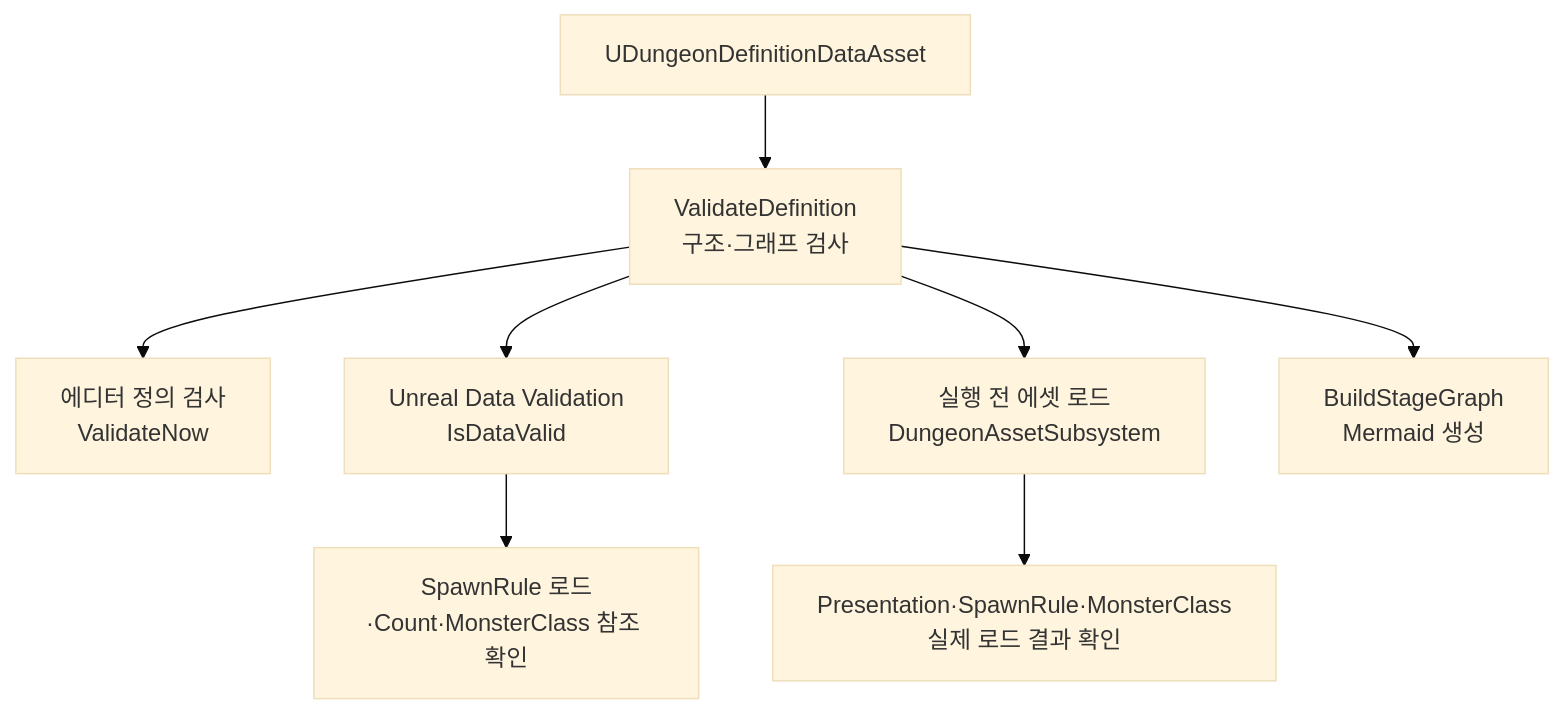
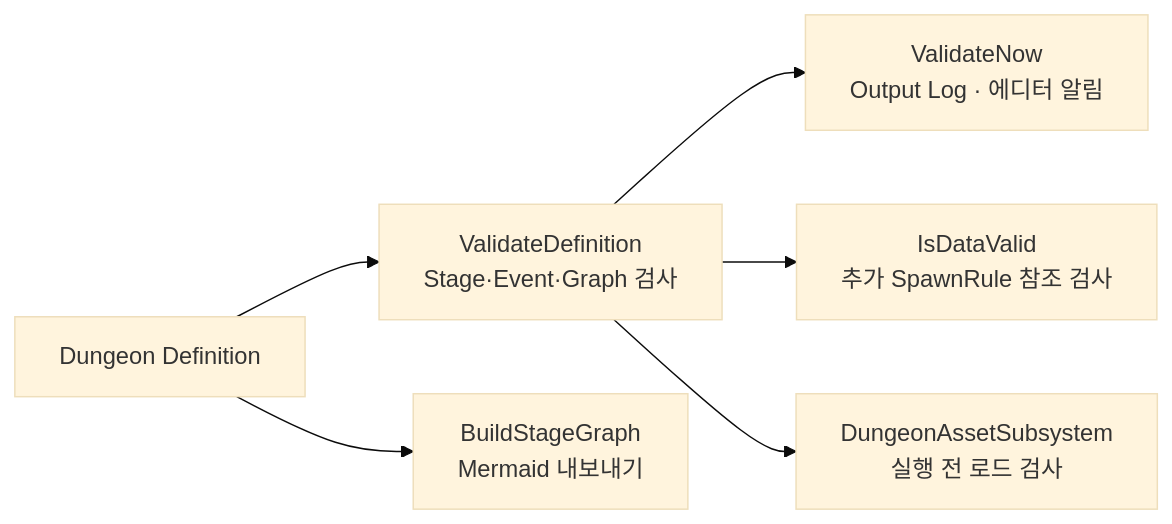
One commit to chungheonLee0325/Sonheim changed the diagram in Doc/Wiki/13_Content_Authoring_Validation.md. Above: the diagram before and after it, drawn with Mermaid (base theme). The commit also changed other lines of this file, not shown here.

Commit message:
docs: show concrete stage graph and boss data validation cases

```diff
--- a/Doc/Wiki/13_Content_Authoring_Validation.md
+++ b/Doc/Wiki/13_Content_Authoring_Validation.md
@@ -123,10 +46,8 @@
 ~~~mermaid
-flowchart TB
-    DATA["UDungeonDefinitionDataAsset"] --> CORE["ValidateDefinition<br/>구조·그래프 검사"]
-    CORE --> BUTTON["에디터 정의 검사<br/>ValidateNow"]
-    CORE --> EDITOR["Unreal Data Validation<br/>IsDataValid"]
-    CORE --> RUNTIME["실행 전 에셋 로드<br/>DungeonAssetSubsystem"]
-    EDITOR --> SOFT["SpawnRule 로드·Count·MonsterClass 참조 확인"]
-    RUNTIME --> LOADED["Presentation·SpawnRule·MonsterClass<br/>실제 로드 결과 확인"]
-    CORE --> GRAPH["BuildStageGraph<br/>Mermaid 생성"]
+flowchart LR
+    A["Dungeon Definition"] --> B["ValidateDefinition<br/>Stage·Event·Graph 검사"]
+    B --> C["ValidateNow<br/>Output Log · 에디터 알림"]
+    B --> D["IsDataValid<br/>추가 SpawnRule 참조 검사"]
+    B --> E["DungeonAssetSubsystem<br/>실행 전 로드 검사"]
+    A --> G["BuildStageGraph<br/>Mermaid 내보내기"]
 ~~~
```
